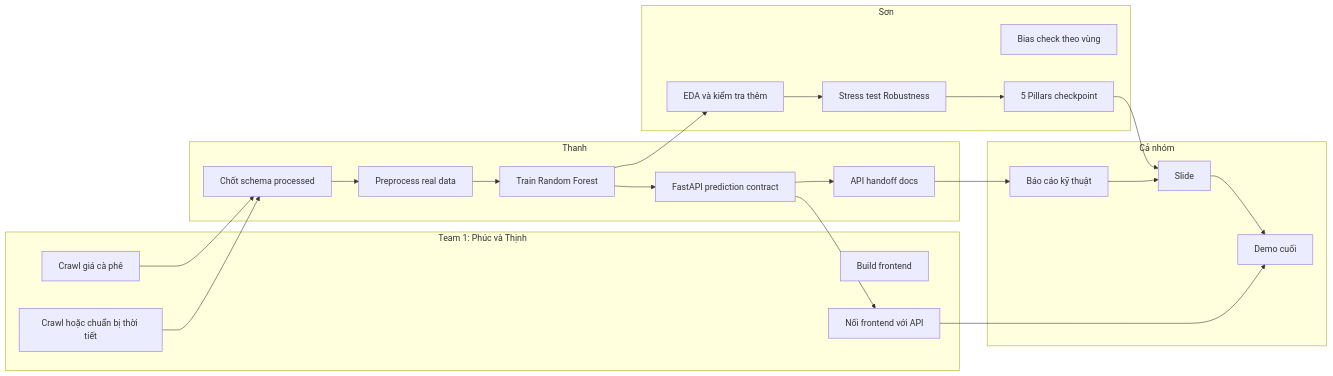
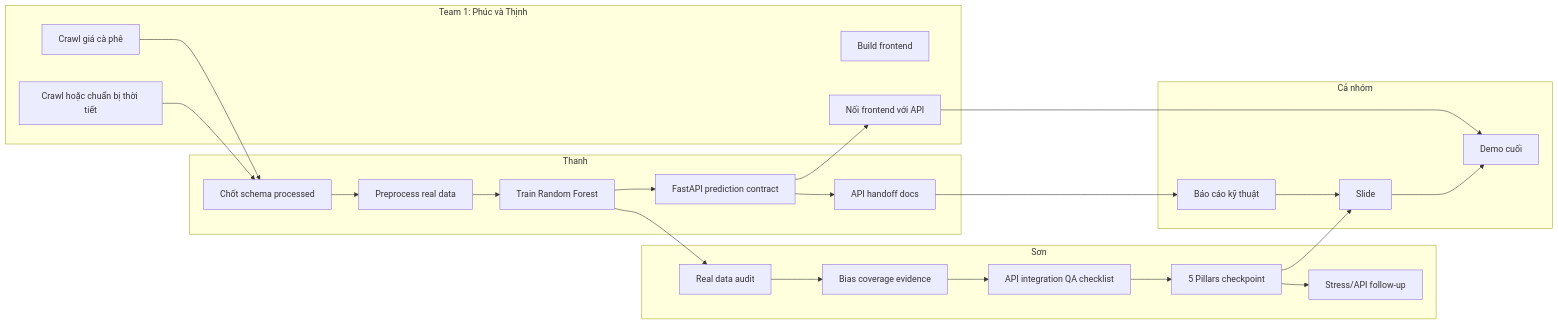
One commit to uit-25730067-chithanh/AI002-Team22-DT10 changed the fifth of 7 diagrams in docs/discussions/2026-05-13-team-data-flow-roadmap.md. Above: the diagram before and after it, drawn with Mermaid. The commit also changed other lines of this file and 3 other files, not shown here.

First line of the commit message:
docs: sync roadmap with Son evaluation pack

````diff
--- a/docs/discussions/2026-05-13-team-data-flow-roadmap.md
+++ b/docs/discussions/2026-05-13-team-data-flow-roadmap.md
@@ -109,39 +109,40 @@
 ```mermaid
 flowchart LR
     subgraph T1[Team 1: Phúc và Thịnh]
         A[Crawl giá cà phê]
         B[Crawl hoặc chuẩn bị thời tiết]
         C[Build frontend]
         D[Nối frontend với API]
     end
 
     subgraph T2A[Thanh]
         E[Chốt schema processed]
         F[Preprocess real data]
         G[Train Random Forest]
         H[FastAPI prediction contract]
         I[API handoff docs]
     end
 
     subgraph T2B[Sơn]
-        J[EDA và kiểm tra thêm]
-        K[Stress test Robustness]
-        L[Bias check theo vùng]
+        J[Real data audit]
+        K[Bias coverage evidence]
+        L[API integration QA checklist]
         M[5 Pillars checkpoint]
+        Q[Stress/API follow-up]
     end
 
     subgraph ALL[Cả nhóm]
         N[Báo cáo kỹ thuật]
         O[Slide]
         P[Demo cuối]
     end
 
     A --> E
     B --> E
     E --> F --> G --> H --> D
-    G --> J --> K --> M
+    G --> J --> K --> L --> M --> Q
     H --> I --> N
     D --> P
     M --> O
     N --> O --> P
 ```
````
